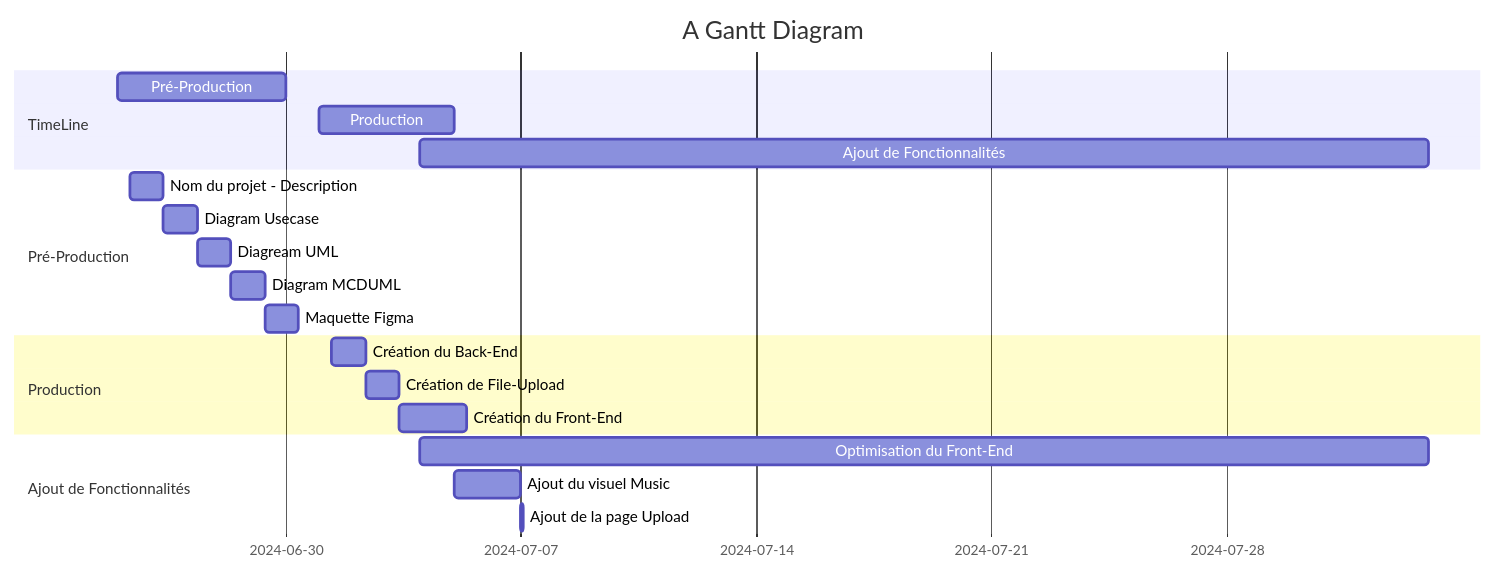
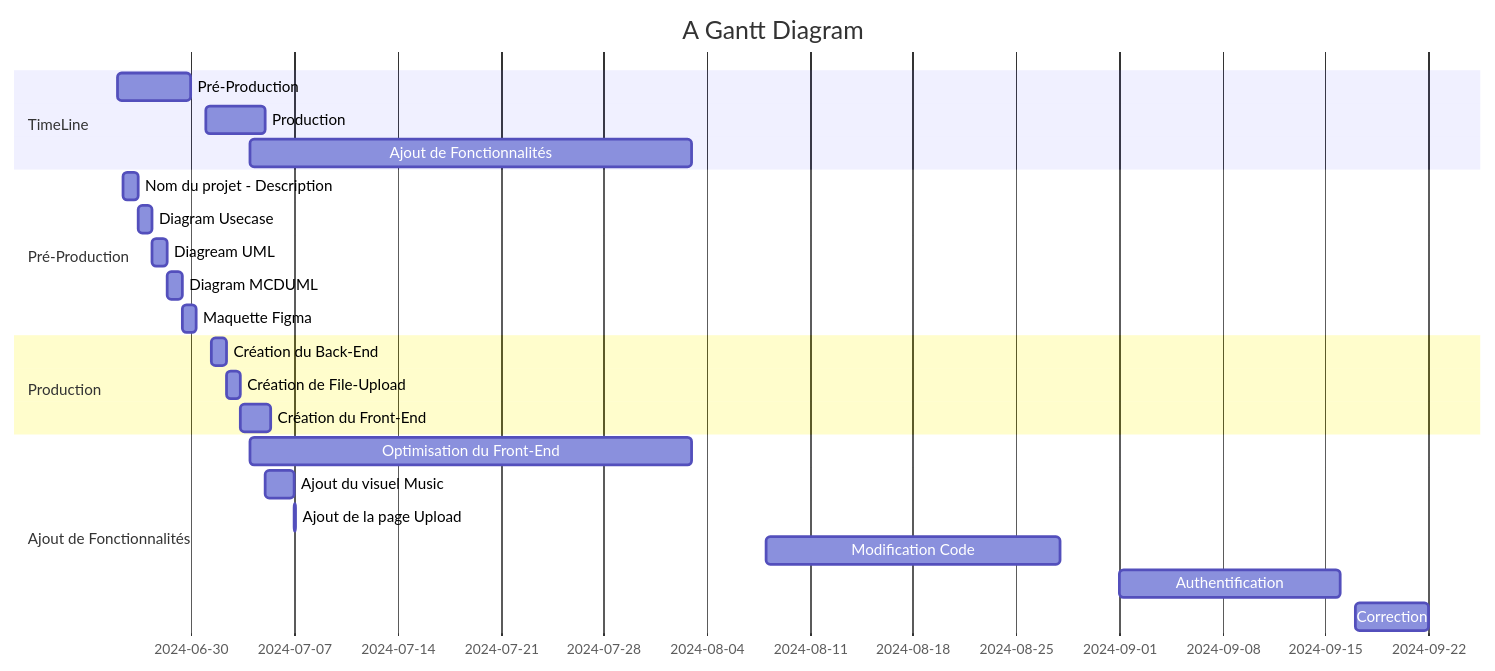
Before and after one commit to ThomasMoire/Spoutoufy: the first of 2 diagrams in README.md, drawn with Mermaid.

````diff
--- a/README.md
+++ b/README.md
@@ -24,25 +24,28 @@
 ```mermaid
 gantt
     title A Gantt Diagram
     dateformat DD-M-YY
     section TimeLine
     Pré-Production   :a1, 25-6-24, 5d
     Production  : a2, 2024-07-01, 4d
     Ajout de Fonctionnalités : a3, 2024-07-04, 30d
     section Pré-Production
     Nom du projet - Description : 2024-06-25 9:00, 1d
     Diagram Usecase  : 2024-06-26 9:00, 1d
     Diagream UML : 2024-06-27 9:00, 1d
     Diagram MCDUML : 2024-06-28 9:00, 1d
     Maquette Figma  : 2024-06-29 9:00, 1d
     section Production
     Création du Back-End : 2024-07-01 9:00, 1d
     Création de File-Upload : 2024-07-02 9:00, 1d
     Création du Front-End : 2024-07-03 9:00, 2d
     
     section Ajout de Fonctionnalités
     Optimisation du Front-End : 2024-07-04, 30d
     Ajout du visuel Music : 2024-07-05, 2d
     Ajout de la page Upload: 2024-07-07, 2h
+    Modification Code : 2024-08-08, 20d
+    Authentification : 2024-09-01, 15d
+    Correction : 2024-09-17, 5d
         
 ```
````
